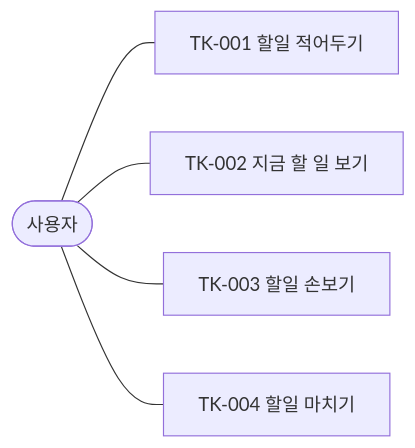
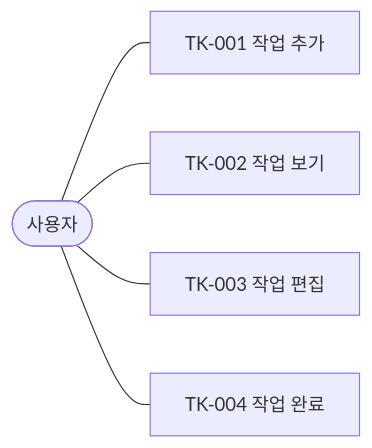
Before and after one commit to dev-goraebap/gentask: the diagram in docs/1.analysis/유스케이스-모델.md, drawn with Mermaid. The commit also changed other lines of this file and 53 other files, not shown here.

````diff
--- a/docs/1.analysis/유스케이스-모델.md
+++ b/docs/1.analysis/유스케이스-모델.md
@@ -45,12 +45,12 @@
 ```mermaid
 graph LR
   U([사용자])
-  UC1[TK-001 할일 적어두기]
-  UC2[TK-002 지금 할 일 보기]
-  UC3[TK-003 할일 손보기]
-  UC4[TK-004 할일 마치기]
+  UC1[TK-001 작업 추가]
+  UC2[TK-002 작업 보기]
+  UC3[TK-003 작업 편집]
+  UC4[TK-004 작업 완료]
   U --- UC1
   U --- UC2
   U --- UC3
   U --- UC4
 ```
````
